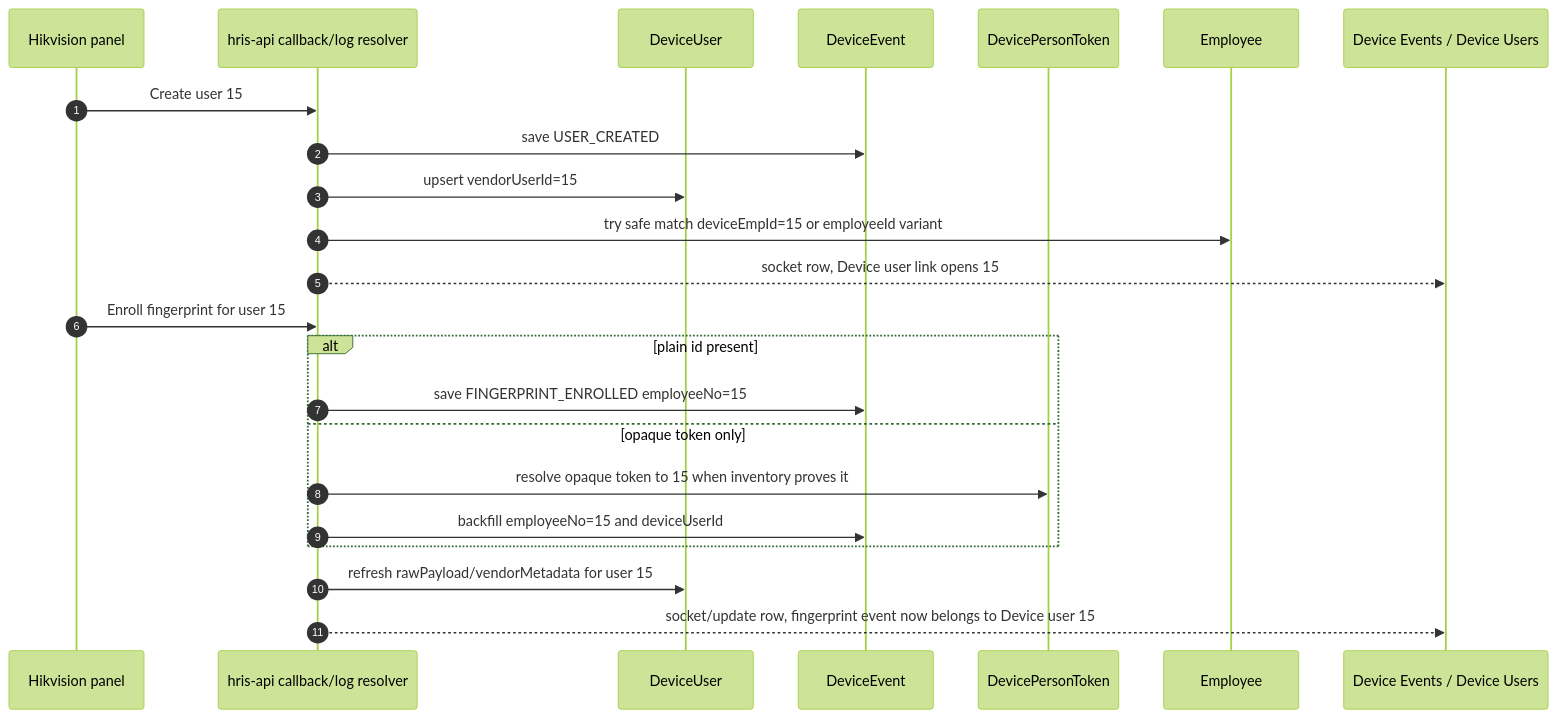
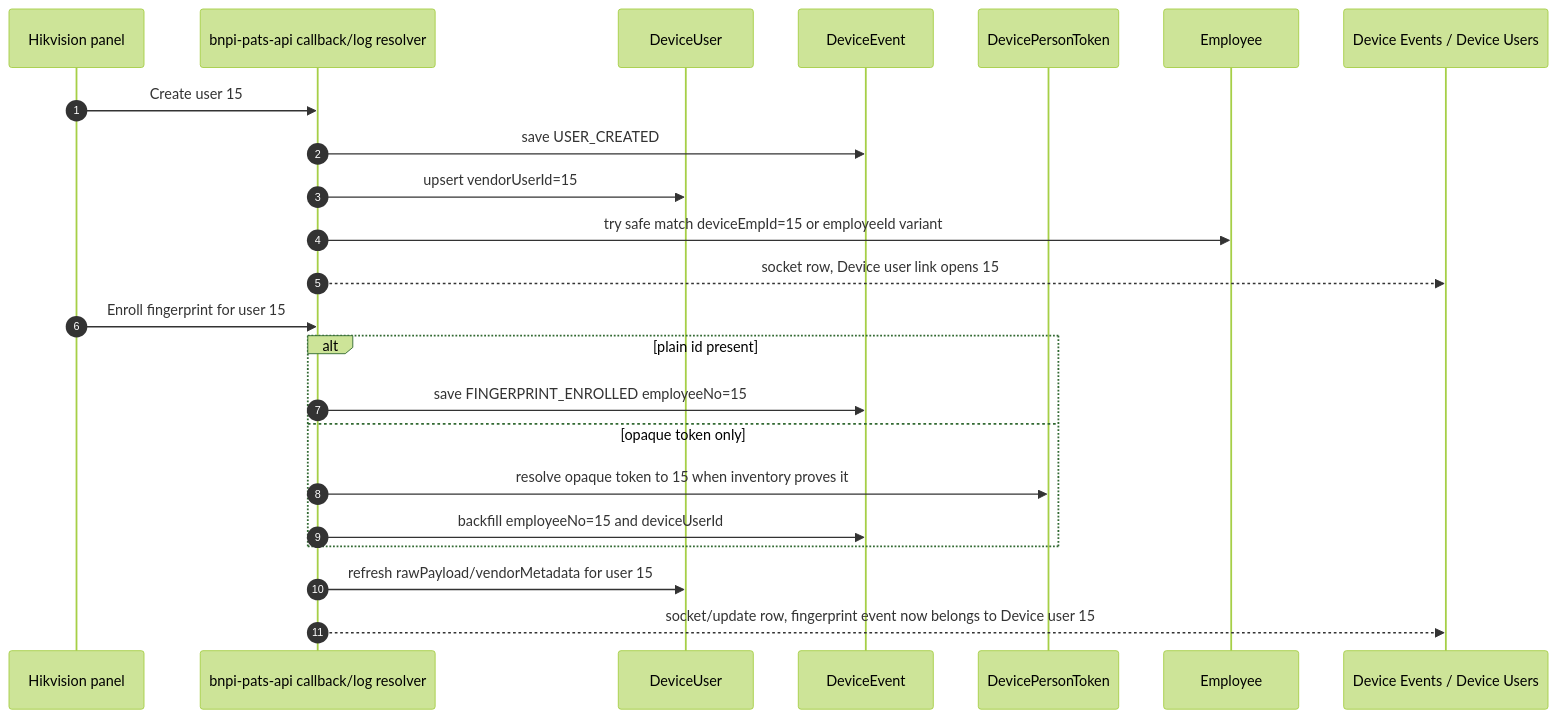
The sixth of 6 diagrams in docs/HIKVISION_ENROLLMENT_IDENTITY_FLOW.md (bnpimanufacturingsolution/bandai-infra-bnpi-pats), drawn with Mermaid (forest theme) before and after one commit. The commit also changed other lines of this file and 4037 other files, not shown here.

````diff
--- a/docs/HIKVISION_ENROLLMENT_IDENTITY_FLOW.md
+++ b/docs/HIKVISION_ENROLLMENT_IDENTITY_FLOW.md
@@ -680,27 +680,27 @@
 ```mermaid
 sequenceDiagram
   autonumber
   participant Panel as Hikvision panel
-  participant API as hris-api callback/log resolver
+  participant API as bnpi-pats-api callback/log resolver
   participant DU as DeviceUser
   participant DE as DeviceEvent
   participant DPT as DevicePersonToken
   participant Emp as Employee
   participant UI as Device Events / Device Users
 
   Panel->>API: Create user 15
   API->>DE: save USER_CREATED
   API->>DU: upsert vendorUserId=15
   API->>Emp: try safe match deviceEmpId=15 or employeeId variant
   API-->>UI: socket row, Device user link opens 15
 
   Panel->>API: Enroll fingerprint for user 15
   alt plain id present
     API->>DE: save FINGERPRINT_ENROLLED employeeNo=15
   else opaque token only
     API->>DPT: resolve opaque token to 15 when inventory proves it
     API->>DE: backfill employeeNo=15 and deviceUserId
   end
   API->>DU: refresh rawPayload/vendorMetadata for user 15
   API-->>UI: socket/update row, fingerprint event now belongs to Device user 15
 ```
````
